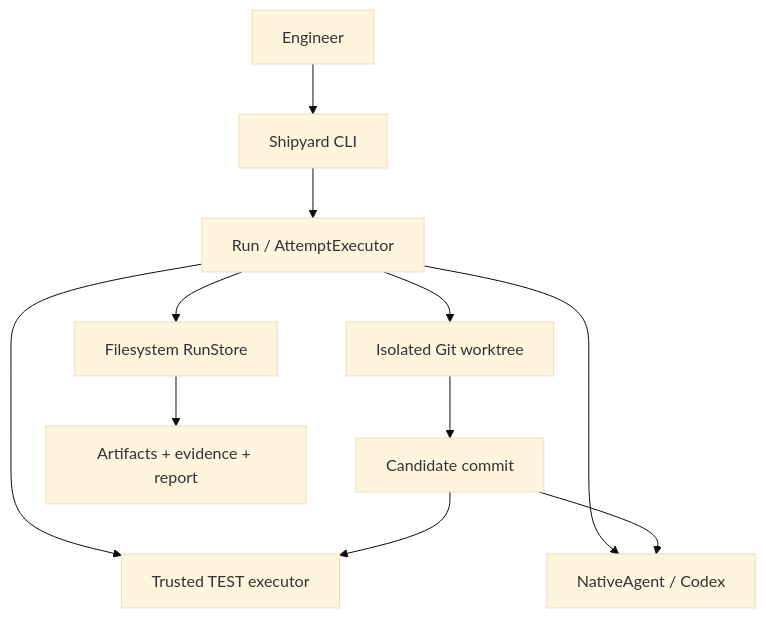
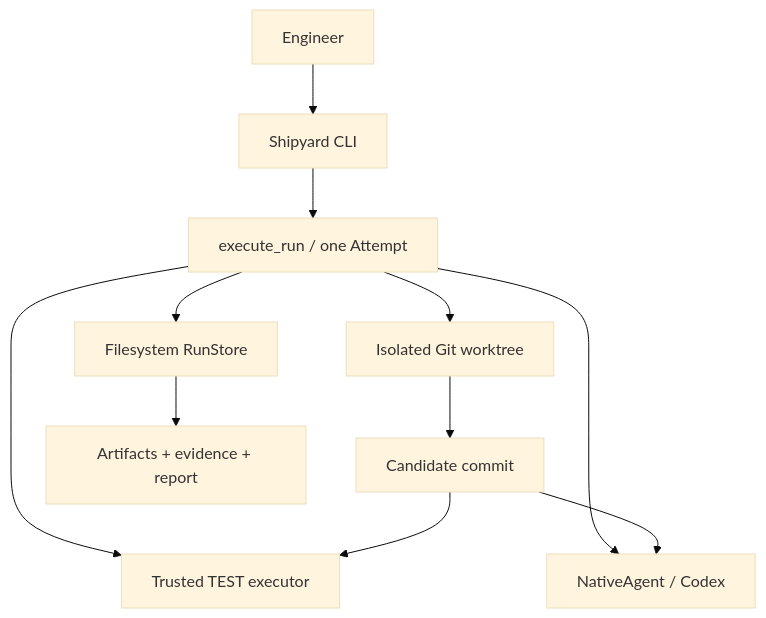
The first of 4 diagrams in ARCHITECTURE.md (maciejgos/harborist), drawn with Mermaid (base theme) before and after one commit. The commit also changed other lines of this file and 14 other files, not shown here.

````diff
--- a/ARCHITECTURE.md
+++ b/ARCHITECTURE.md
@@ -13,13 +14,13 @@
 ```mermaid
 flowchart TB
     USER[Engineer] --> CLI[Shipyard CLI]
-    CLI --> RUN[Run / AttemptExecutor]
+    CLI --> RUN[execute_run / one Attempt]
     RUN --> GIT[Isolated Git worktree]
     RUN --> AGENT[NativeAgent / Codex]
     RUN --> TEST[Trusted TEST executor]
     RUN --> STORE[Filesystem RunStore]
     GIT --> CAND[Candidate commit]
     CAND --> TEST
     CAND --> AGENT
     STORE --> OUT[Artifacts + evidence + report]
 ```
````
